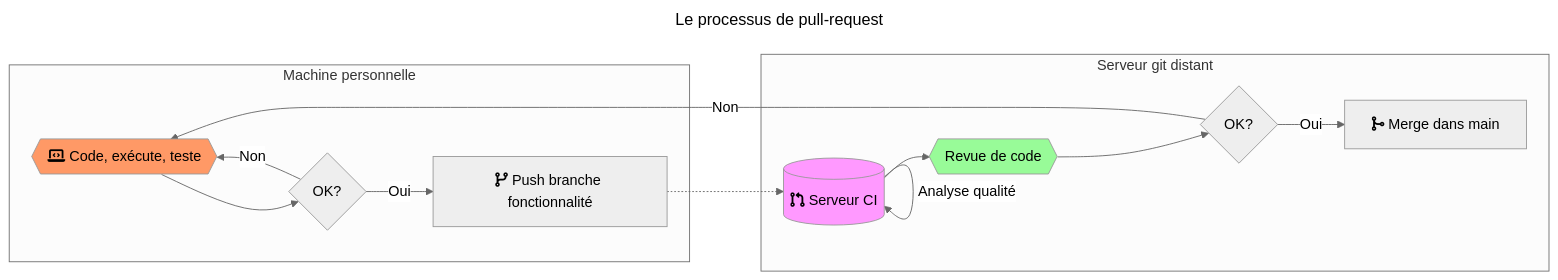
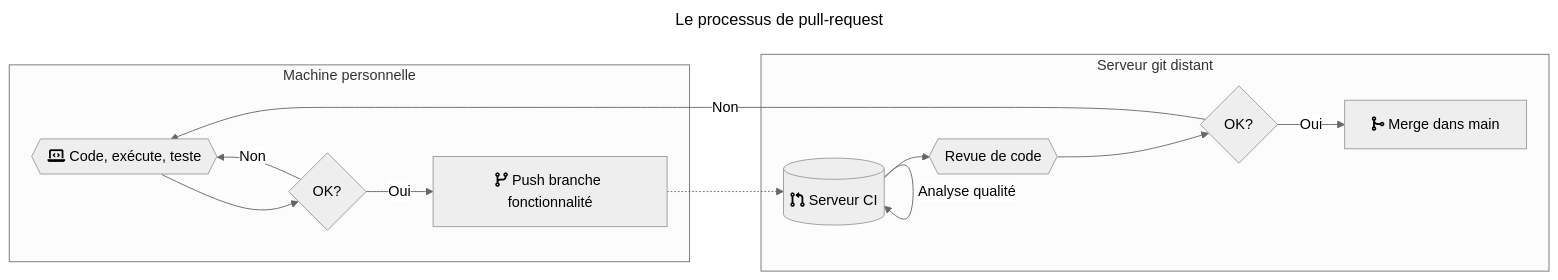
Before and after one commit to tavenel/website: the second of 3 diagrams in src/courses/cicd/cours-intro-ci.md, drawn with Mermaid (neutral theme). The commit also changed 4 other files, not shown here.

Commit message:
css: mermaid style

````diff
--- a/src/courses/cicd/cours-intro-ci.md
+++ b/src/courses/cicd/cours-intro-ci.md
@@ -179,21 +179,18 @@
 ```mermaid
 ---
 title: Le processus de pull-request
 ---
 
 graph LR
   subgraph Machine personnelle
     A1{{fa:fa-laptop-code Code, exécute, teste}}-->A2{OK?}-->|Oui|A3[fa:fa-code-branch Push branche fonctionnalité]
     A2-->|Non|A1
   end
 
   subgraph Serveur git distant
     A3-.->B1[(fa:fa-code-pull-request Serveur CI)]--Analyse qualité-->B1
     B1-->B2{{Revue de code}}-->B3{OK?}-->|Oui|B4[fa:fa-code-merge Merge dans main]
     B3-->|Non|A1
   end
 
-style A1 fill:#f96;
-style B1 fill:#f9f;
-style B2 fill:#98fb98;
 ```
````
